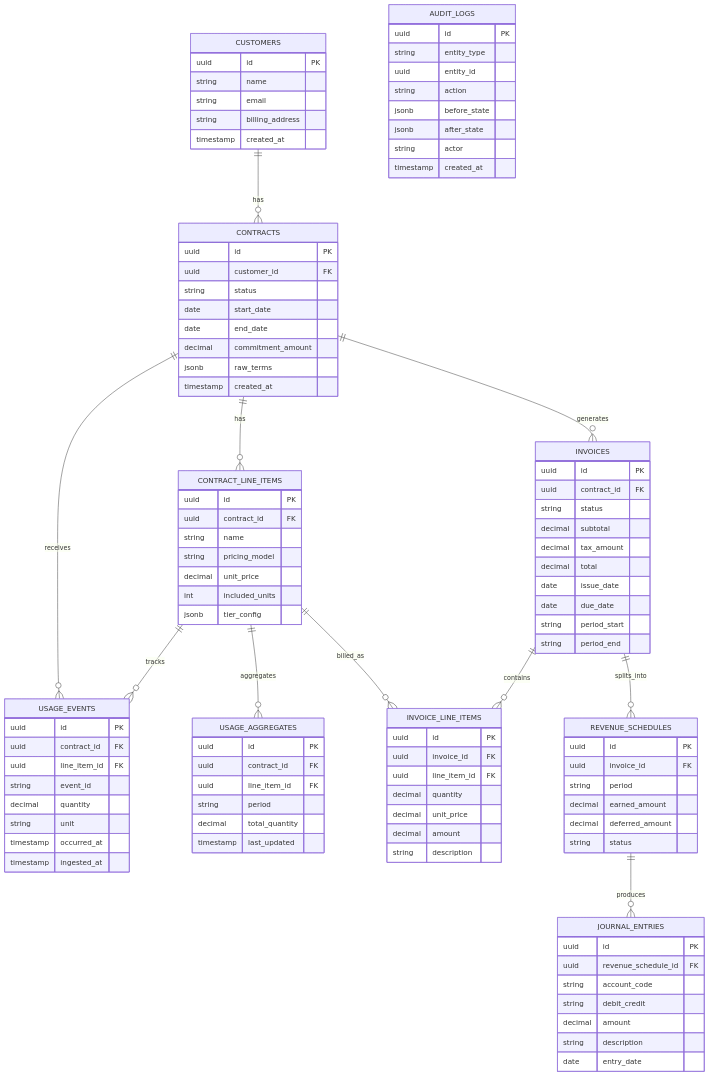
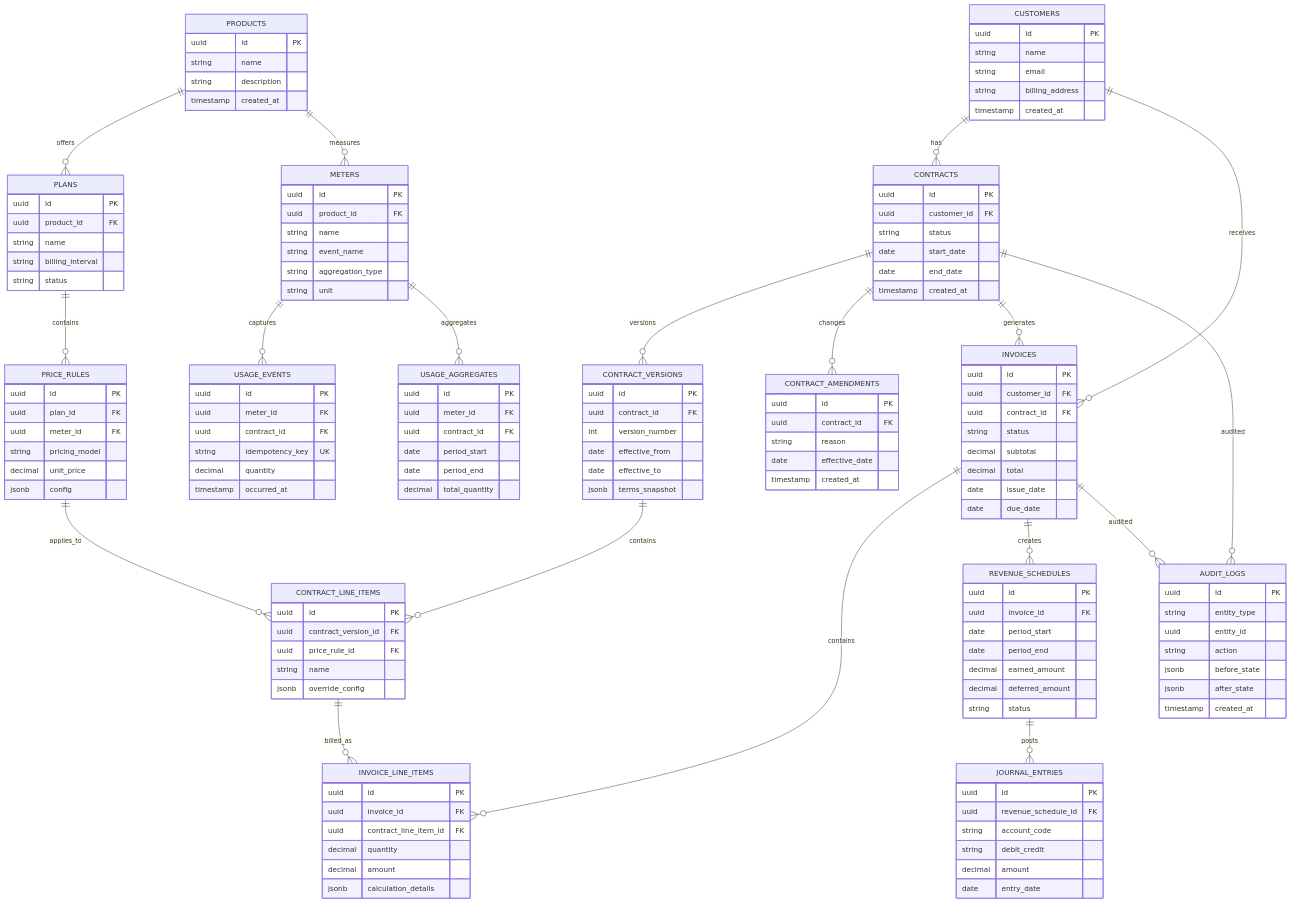
The diagram in README.md (snath-007/rev_flow_ai), drawn with Mermaid before and after one commit. The commit also changed other lines of this file and 63 other files, not shown here.

````diff
--- a/README.md
+++ b/README.md
@@ -393,7 +422,5 @@
 ```mermaid
-
 erDiagram
-
   CUSTOMERS {
     uuid id PK
     string name
@@ -402,74 +429,116 @@
     timestamp created_at
   }
 
+  PRODUCTS {
+    uuid id PK
+    string name
+    string description
+    timestamp created_at
+  }
+
+  METERS {
+    uuid id PK
+    uuid product_id FK
+    string name
+    string event_name
+    string aggregation_type
+    string unit
+  }
+
+  PLANS {
+    uuid id PK
+    uuid product_id FK
+    string name
+    string billing_interval
+    string status
+  }
+
+  PRICE_RULES {
+    uuid id PK
+    uuid plan_id FK
+    uuid meter_id FK
+    string pricing_model
+    decimal unit_price
+    jsonb config
+  }
+
   CONTRACTS {
     uuid id PK
     uuid customer_id FK
     string status
     date start_date
     date end_date
-    decimal commitment_amount
-    jsonb raw_terms
     timestamp created_at
+  }
+
+  CONTRACT_VERSIONS {
+    uuid id PK
+    uuid contract_id FK
+    int version_number
+    date effective_from
+    date effective_to
+    jsonb terms_snapshot
   }
 
   CONTRACT_LINE_ITEMS {
     uuid id PK
+    uuid contract_version_id FK
+    uuid price_rule_id FK
+    string name
+    jsonb override_config
+  }
+
+  CONTRACT_AMENDMENTS {
+    uuid id PK
     uuid contract_id FK
-    string name
-    string pricing_model
-    decimal unit_price
-    int included_units
-    jsonb tier_config
+    string reason
+    date effective_date
+    timestamp created_at
   }
 
   USAGE_EVENTS {
     uuid id PK
+    uuid meter_id FK
     uuid contract_id FK
-    uuid line_item_id FK
-    string event_id
+    string idempotency_key UK
     decimal quantity
-    string unit
     timestamp occurred_at
-    timestamp ingested_at
   }
 
   USAGE_AGGREGATES {
     uuid id PK
+    uuid meter_id FK
     uuid contract_id FK
-    uuid line_item_id FK
-    string period
+    date period_start
+    date period_end
     decimal total_quantity
-    timestamp last_updated
   }
 
   INVOICES {
     uuid id PK
+    uuid customer_id FK
     uuid contract_id FK
     string status
     decimal subtotal
-    decimal tax_amount
     decimal total
     date issue_date
     date due_date
-    string period_start
-    string period_end
   }
 
   INVOICE_LINE_ITEMS {
     uuid id PK
     uuid invoice_id FK
-    uuid line_item_id FK
+    uuid contract_line_item_id FK
     decimal quantity
-    decimal unit_price
     decimal amount
-    string description
+    jsonb calculation_details
   }
 
   REVENUE_SCHEDULES {
     uuid id PK
     uuid invoice_id FK
-    string period
+    date period_start
+    date period_end
     decimal earned_amount
     decimal deferred_amount
     string status
@@ -481,7 +550,6 @@
     string account_code
     string debit_credit
     decimal amount
-    string description
     date entry_date
   }
 
@@ -492,22 +560,31 @@
     string action
     jsonb before_state
     jsonb after_state
-    string actor
     timestamp created_at
   }
 
   CUSTOMERS ||--o{ CONTRACTS : has
-  CONTRACTS ||--o{ CONTRACT_LINE_ITEMS : has
-  CONTRACTS ||--o{ USAGE_EVENTS : receives
+  CUSTOMERS ||--o{ INVOICES : receives
+
+  PRODUCTS ||--o{ PLANS : offers
+  PRODUCTS ||--o{ METERS : measures
+  PLANS ||--o{ PRICE_RULES : contains
+
+  CONTRACTS ||--o{ CONTRACT_VERSIONS : versions
+  CONTRACTS ||--o{ CONTRACT_AMENDMENTS : changes
   CONTRACTS ||--o{ INVOICES : generates
+  CONTRACT_VERSIONS ||--o{ CONTRACT_LINE_ITEMS : contains
+  PRICE_RULES ||--o{ CONTRACT_LINE_ITEMS : applies_to
 
-  CONTRACT_LINE_ITEMS ||--o{ USAGE_EVENTS : tracks
-  CONTRACT_LINE_ITEMS ||--o{ USAGE_AGGREGATES : aggregates
+  METERS ||--o{ USAGE_EVENTS : captures
+  METERS ||--o{ USAGE_AGGREGATES : aggregates
   CONTRACT_LINE_ITEMS ||--o{ INVOICE_LINE_ITEMS : billed_as
 
   INVOICES ||--o{ INVOICE_LINE_ITEMS : contains
-  INVOICES ||--o{ REVENUE_SCHEDULES : splits_into
+  INVOICES ||--o{ REVENUE_SCHEDULES : creates
+  REVENUE_SCHEDULES ||--o{ JOURNAL_ENTRIES : posts
 
-  REVENUE_SCHEDULES ||--o{ JOURNAL_ENTRIES : produces
+  CONTRACTS ||--o{ AUDIT_LOGS : audited
+  INVOICES ||--o{ AUDIT_LOGS : audited
 
 ```
````
